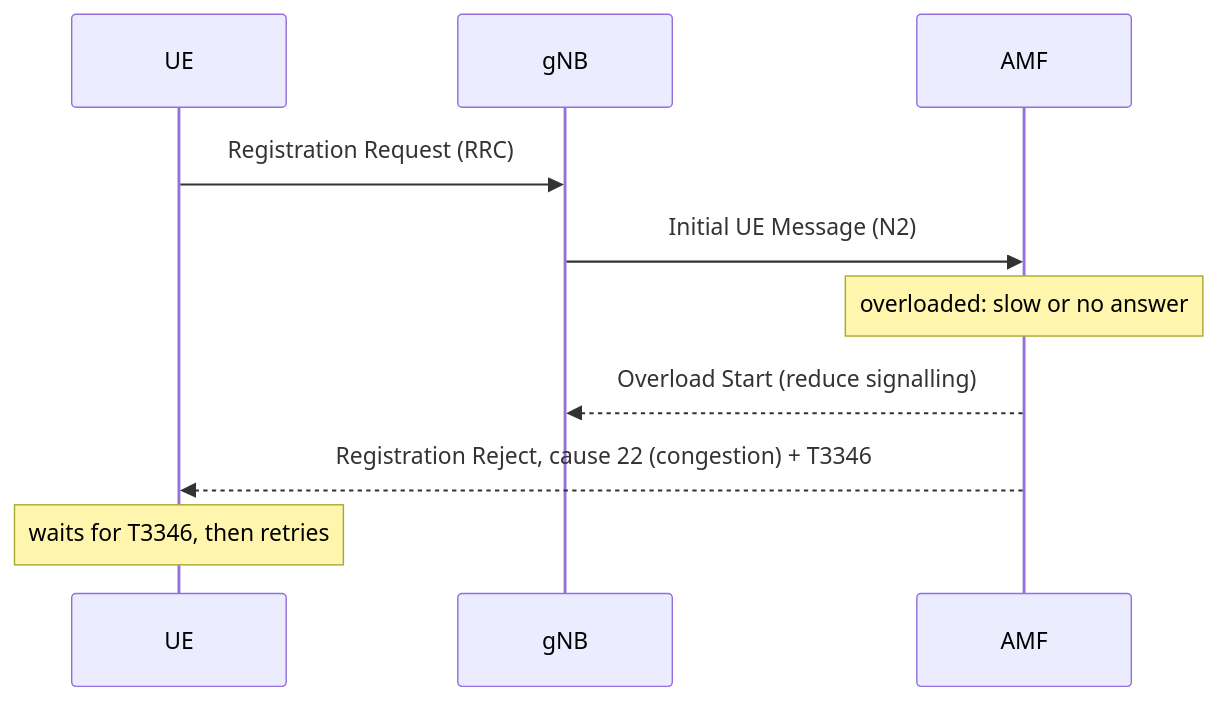
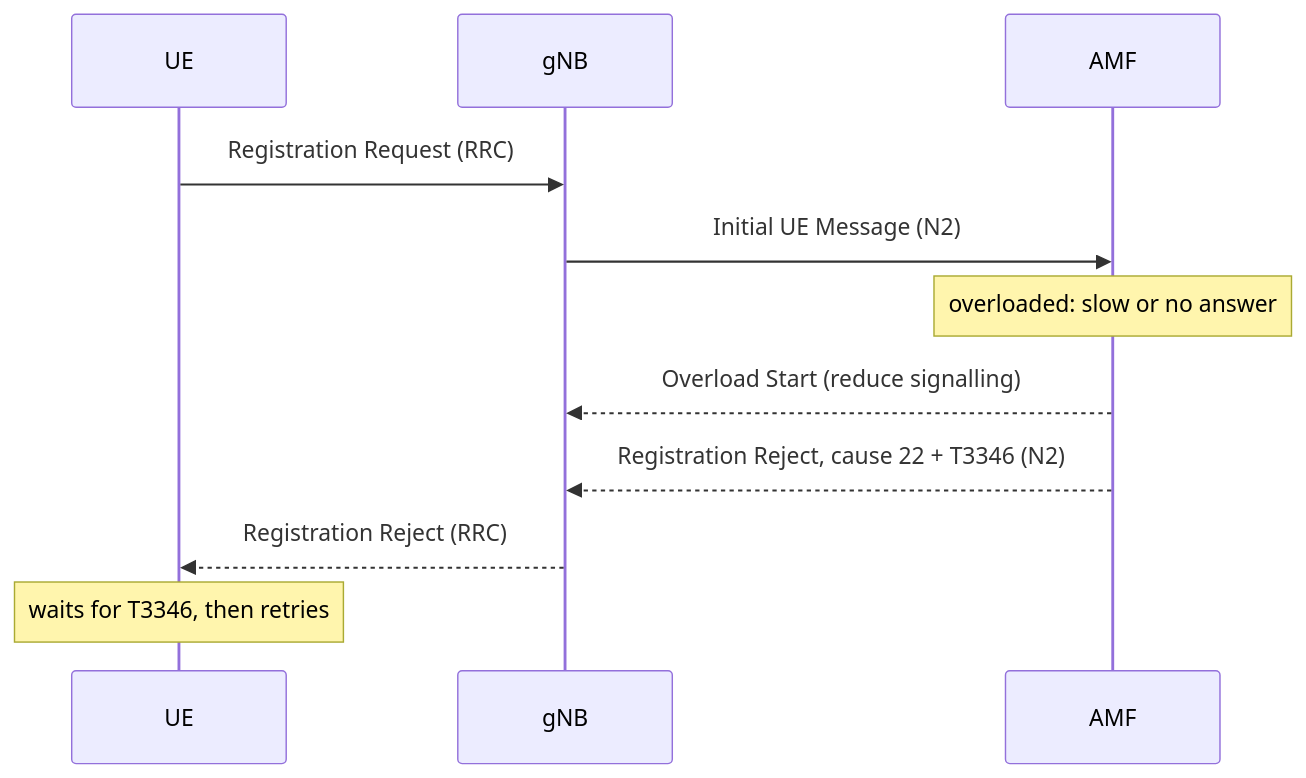
Before and after one commit to jdjagustin/telco-core-explained: the first of 2 diagrams in docs/01-5g-registration/scenarios/amf-overload-no-capacity.md, drawn with Mermaid. The commit also changed 5 other files, not shown here.

First line of the commit message:
Fix overstated claims and diagram inaccuracies found in a content review

````diff
--- a/docs/01-5g-registration/scenarios/amf-overload-no-capacity.md
+++ b/docs/01-5g-registration/scenarios/amf-overload-no-capacity.md
@@ -26,12 +26,13 @@
 ```mermaid
 sequenceDiagram
     participant UE
     participant gNB
     participant AMF
     UE->>gNB: Registration Request (RRC)
     gNB->>AMF: Initial UE Message (N2)
     Note over AMF: overloaded: slow or no answer
     AMF-->>gNB: Overload Start (reduce signalling)
-    AMF-->>UE: Registration Reject, cause 22 (congestion) + T3346
+    AMF-->>gNB: Registration Reject, cause 22 + T3346 (N2)
+    gNB-->>UE: Registration Reject (RRC)
     Note over UE: waits for T3346, then retries
 ```
````
